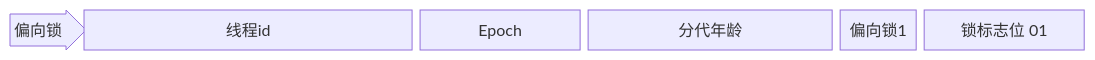
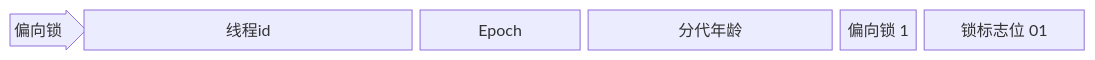
Before and after one commit to duskbat/cs-manual: the third of 6 diagrams in docs/java/并发.md, drawn with Mermaid. The commit also changed other lines of this file, not shown here.

````diff
--- a/docs/java/并发.md
+++ b/docs/java/并发.md
@@ -54,5 +54,5 @@
 ```mermaid
 block-beta
   columns 13
-  r2<["偏向锁"]>(right):1    线程id:4 Epoch:2 r2a["分代年龄"]:3 r2b["偏向锁1"]:1 r2c["锁标志位 01"]:2
+  r2<["偏向锁"]>(right):1 r2a["线程id"]:4 r2b["Epoch"]:2 r2c["分代年龄"]:3 r2d["偏向锁 1"]:1 r2e["锁标志位 01"]:2
 ```
````
